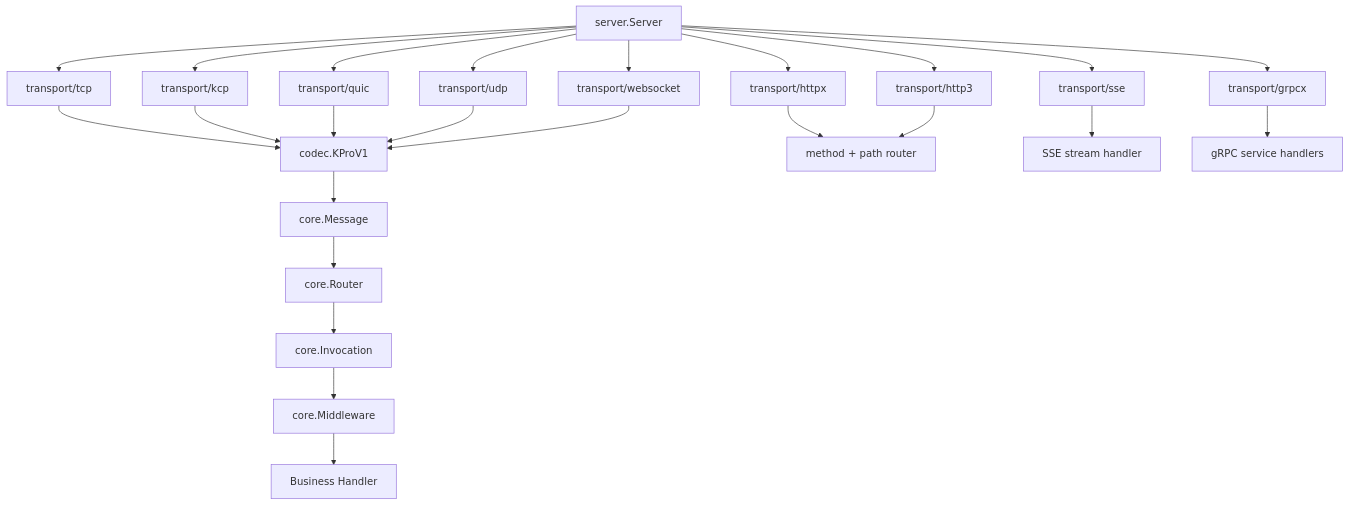
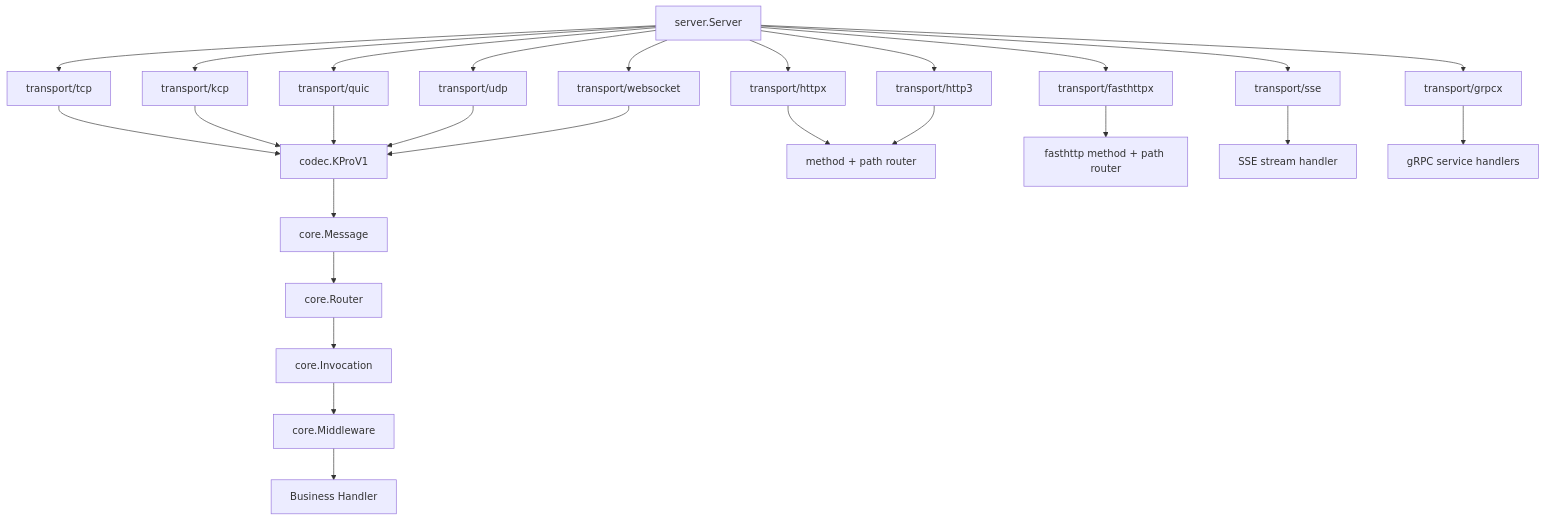
Before and after one commit to saramand9/kpro: the first of 3 diagrams in README.md, drawn with Mermaid. The commit also changed other lines of this file and 28 other files, not shown here.

Commit message:
feat: add optional fasthttp HTTP/1.1 transport

````diff
--- a/README.md
+++ b/README.md
@@ -138,29 +139,31 @@
 ```mermaid
 flowchart TD
     App[server.Server] --> TCP[transport/tcp]
     App --> KCP[transport/kcp]
     App --> QUIC[transport/quic]
     App --> UDP[transport/udp]
     App --> WS[transport/websocket]
     App --> HTTP[transport/httpx]
+    App --> FastHTTP[transport/fasthttpx]
     App --> HTTP3[transport/http3]
     App --> SSE[transport/sse]
     App --> GRPC[transport/grpcx]
 
     TCP --> Protocol[codec.KProV1]
     KCP --> Protocol
     QUIC --> Protocol
     UDP --> Protocol
     WS --> Protocol
 
     Protocol --> Message[core.Message]
     Message --> Router[core.Router]
     Router --> Invocation[core.Invocation]
     Invocation --> Middleware[core.Middleware]
     Middleware --> Handler[Business Handler]
 
     HTTP --> HTTPRouter[method + path router]
+    FastHTTP --> FastHTTPRouter[fasthttp method + path router]
     HTTP3 --> HTTPRouter
     SSE --> SSEHandler[SSE stream handler]
     GRPC --> GRPCService[gRPC service handlers]
 ```
````
